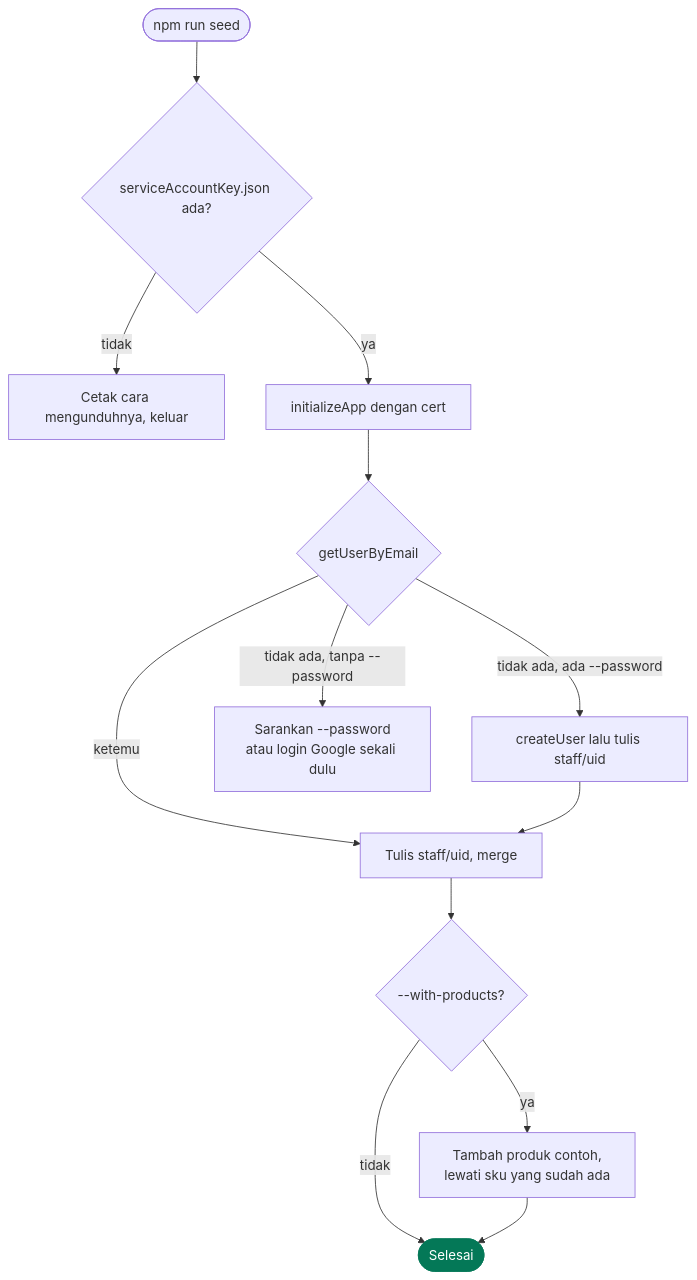
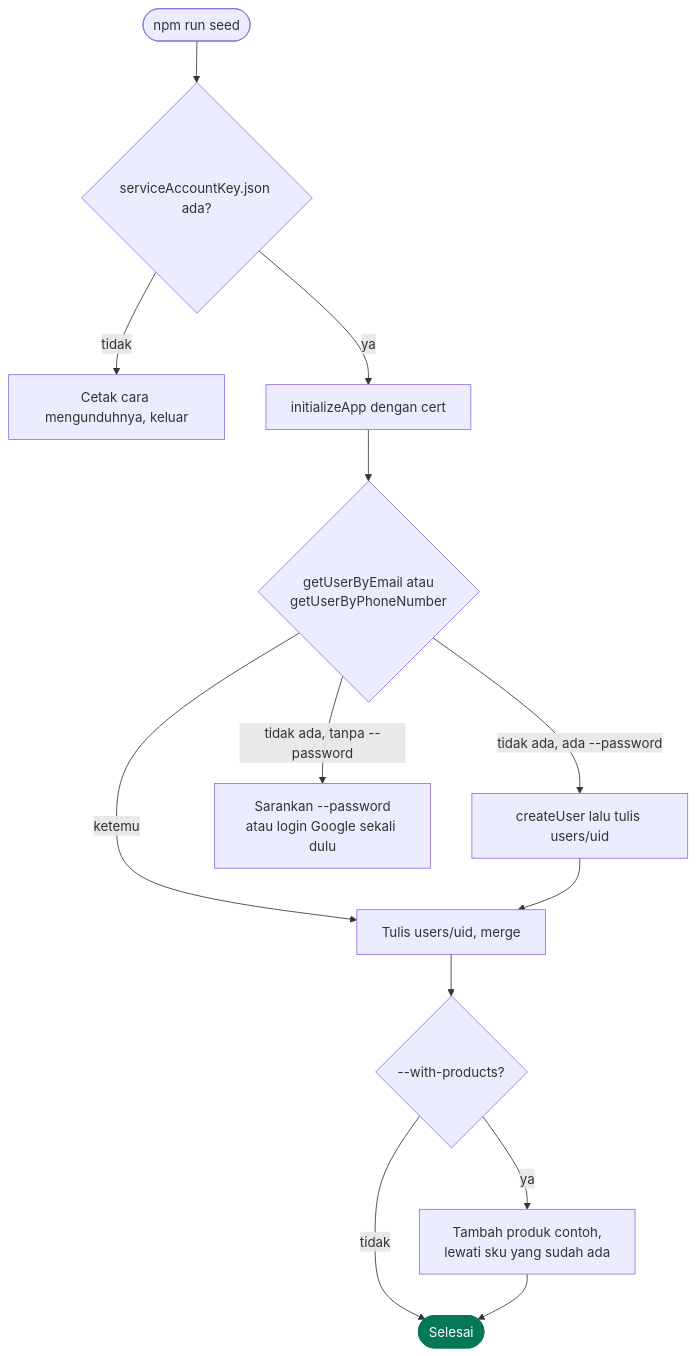
The third of 5 diagrams in docs/operasional.md (nadhimc/simple-pos-kkn-agung), drawn with Mermaid before and after one commit. The commit also changed other lines of this file and 10 other files, not shown here.

````diff
--- a/docs/operasional.md
+++ b/docs/operasional.md
@@ -120,20 +114,20 @@
 ```mermaid
 flowchart TD
   S(["npm run seed"]) --> K{"serviceAccountKey.json ada?"}
   K -->|"tidak"| KE["Cetak cara mengunduhnya, keluar"]
   K -->|"ya"| I["initializeApp dengan cert"]
-  I --> U{"getUserByEmail"}
+  I --> U{"getUserByEmail atau<br/>getUserByPhoneNumber"}
 
-  U -->|"ketemu"| W["Tulis staff/uid, merge"]
-  U -->|"tidak ada, ada --password"| CR["createUser lalu tulis staff/uid"]
+  U -->|"ketemu"| W["Tulis users/uid, merge"]
+  U -->|"tidak ada, ada --password"| CR["createUser lalu tulis users/uid"]
   U -->|"tidak ada, tanpa --password"| UE["Sarankan --password<br/>atau login Google sekali dulu"]
 
   CR --> W
   W --> P{"--with-products?"}
   P -->|"ya"| PR["Tambah produk contoh,<br/>lewati sku yang sudah ada"]
   P -->|"tidak"| DONE
   PR --> DONE(["Selesai"])
 
   classDef ok fill:#047857,stroke:#047857,color:#ffffff
   class DONE ok
 ```
````
